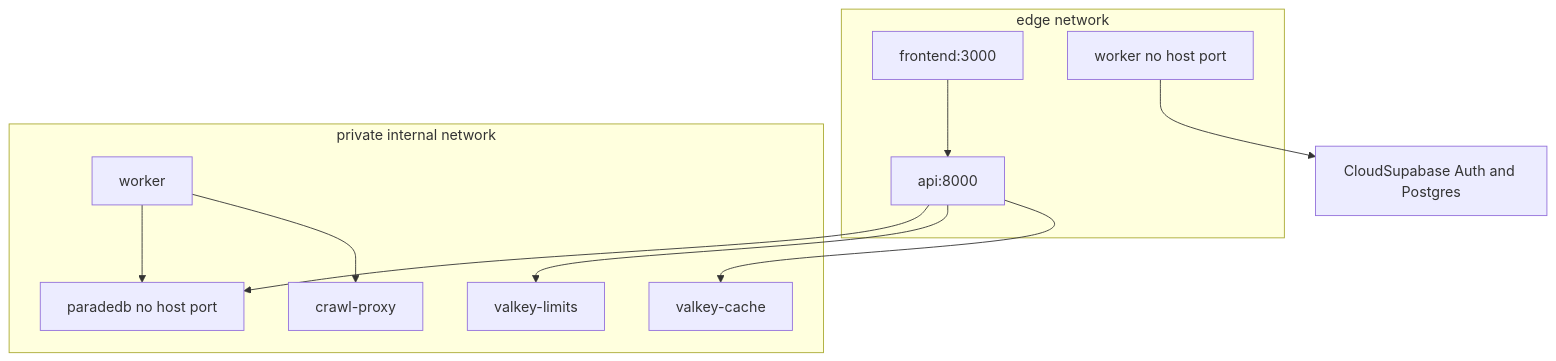
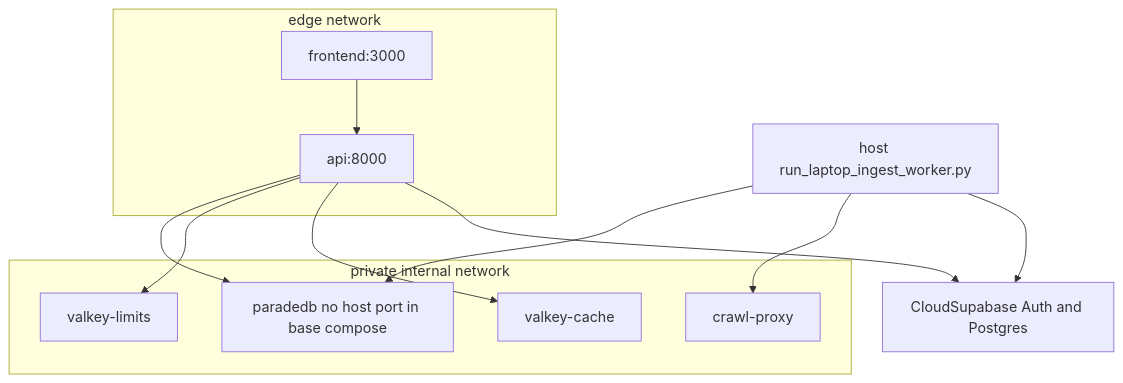
Before and after one commit to Nagdy8888/smart-rag: the first of 3 diagrams in docs/architecture/02-containers.md, drawn with Mermaid. The commit also changed other lines of this file and 24 other files, not shown here.

````diff
--- a/docs/architecture/02-containers.md
+++ b/docs/architecture/02-containers.md
@@ -13,22 +13,22 @@
 ```mermaid
 flowchart TB
   subgraph edge ["edge network"]
     fe["frontend:3000"]
     api["api:8000"]
-    workerEdge["worker no host port"]
   end
   subgraph private ["private internal network"]
-    pdb["paradedb no host port"]
+    pdb["paradedb no host port in base compose"]
     vl["valkey-limits"]
     vc["valkey-cache"]
     cp["crawl-proxy"]
-    workerPriv["worker"]
   end
+  hostWorker["host run_laptop_ingest_worker.py"]
   fe --> api
   api --> pdb
   api --> vl
   api --> vc
-  workerPriv --> pdb
-  workerPriv --> cp
-  workerEdge --> cloudDb["CloudSupabase Auth and Postgres"]
+  hostWorker --> pdb
+  hostWorker --> cp
+  hostWorker --> cloudDb["CloudSupabase Auth and Postgres"]
+  api --> cloudDb
 ```
````
